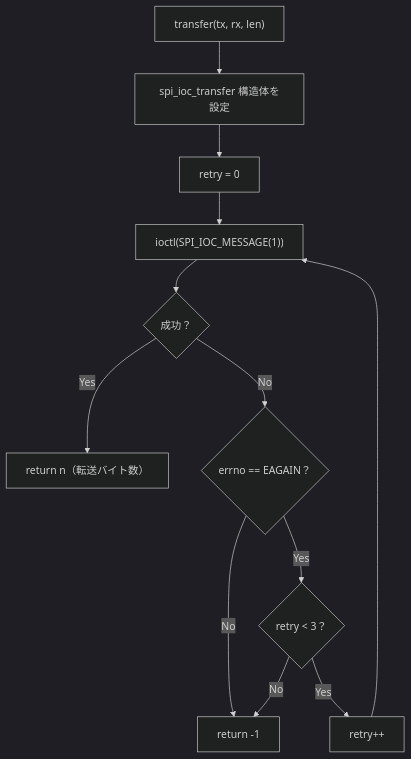
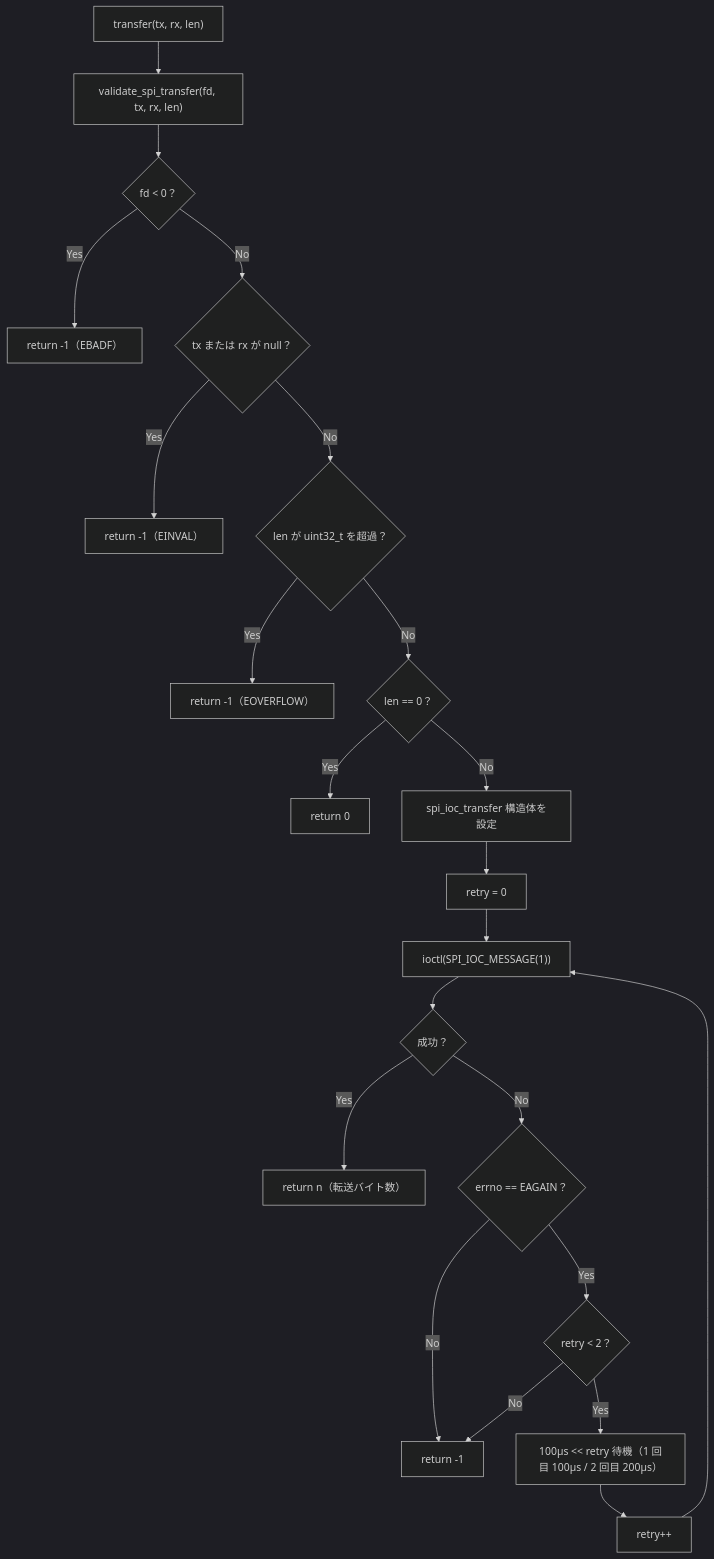
One commit to asiball/private-test-cpp-project changed the second of 2 diagrams in docs/deliverables/03_detailed-design/spihal-design.md. Above: the diagram before and after it, drawn with Mermaid (dark theme). The commit also changed other lines of this file and 2 other files, not shown here.

Commit message:
docs: read_raw_async の join 方式・unique_ptr 所有・SPI リトライ回数を実装に同期
- libsensor-design.md: detach+owns_driver 方式の記述を、現行の
  join(workers 保持)+unique_ptr 所有方式に書き換え。ADS1115 のポーリング
  間隔も実装通り 1ms に修正。
- cpp-patterns-guide.md: detach の落とし穴を歴史的経緯として明示し、
  現行実装が join 方式で UAF を構造的に回避している旨を追記。PIMPL 例の
  owns_driver も unique_ptr に更新。
- spihal-design.md: transfer() のリトライフローチャートを実装
  (retry<3, 100us/200us バックオフ)・API 仕様(計3回試行)に合わせて修正し、
  引数検証(EBADF/EINVAL/EOVERFLOW)の分岐を追加。

Claude-Session: https://claude.ai/code/session_011vLVq9Ds2A1jiQfieeRzGD

````diff
--- a/docs/deliverables/03_detailed-design/spihal-design.md
+++ b/docs/deliverables/03_detailed-design/spihal-design.md
@@ -58,14 +58,24 @@
 ```mermaid
 flowchart TD
-    A["transfer(tx, rx, len)"] --> B["spi_ioc_transfer 構造体を設定"]
+    A["transfer(tx, rx, len)"] --> V["validate_spi_transfer(fd, tx, rx, len)"]
+    V --> V1{"fd < 0？"}
+    V1 -- Yes --> ERR_BADF["return -1（EBADF）"]
+    V1 -- No --> V2{"tx または rx が null？"}
+    V2 -- Yes --> ERR_INVAL["return -1（EINVAL）"]
+    V2 -- No --> V3{"len が uint32_t を超過？"}
+    V3 -- Yes --> ERR_OVERFLOW["return -1（EOVERFLOW）"]
+    V3 -- No --> V4{"len == 0？"}
+    V4 -- Yes --> RET0["return 0"]
+    V4 -- No --> B["spi_ioc_transfer 構造体を設定"]
     B --> C["retry = 0"]
     C --> D["ioctl(SPI_IOC_MESSAGE(1))"]
     D --> E{"成功？"}
     E -- Yes --> F["return n（転送バイト数）"]
     E -- No --> G{"errno == EAGAIN？"}
     G -- No --> H["return -1"]
-    G -- Yes --> I{"retry < 3？"}
+    G -- Yes --> I{"retry < 2？"}
     I -- No --> H
-    I -- Yes --> J["retry++"]
+    I -- Yes --> K["100µs << retry 待機（1 回目 100µs / 2 回目 200µs）"]
+    K --> J["retry++"]
     J --> D
 ```
````
